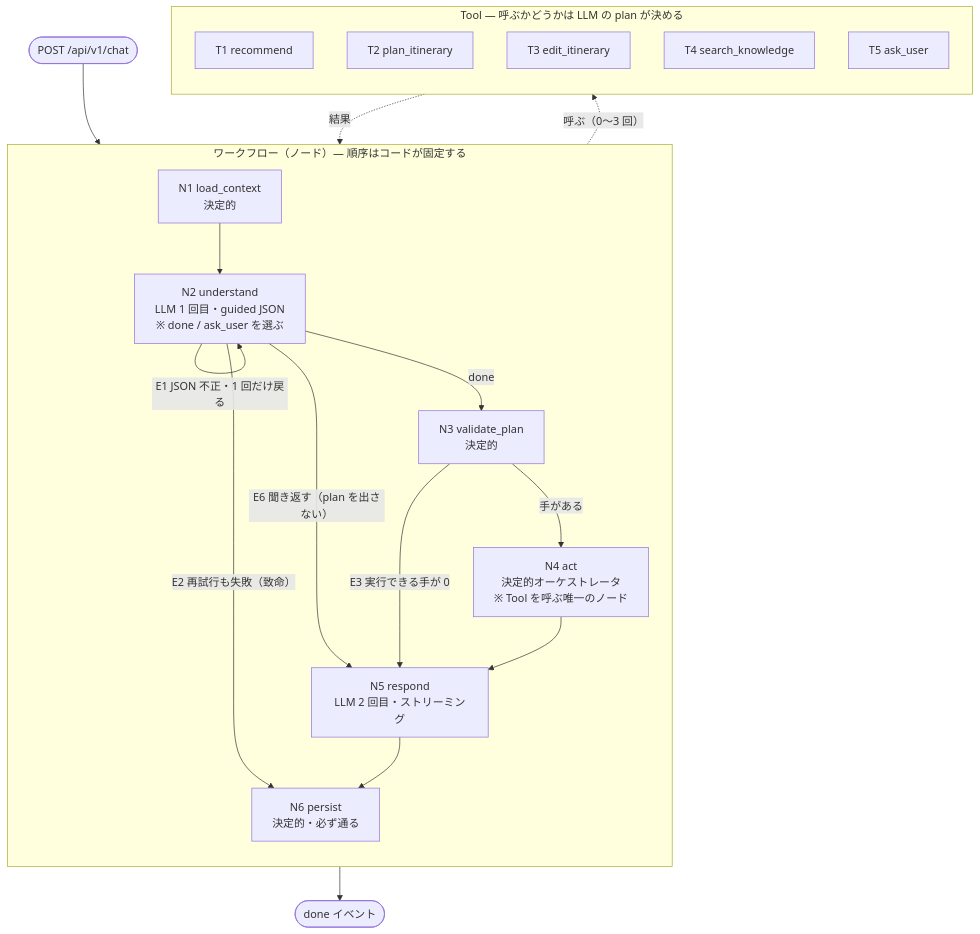
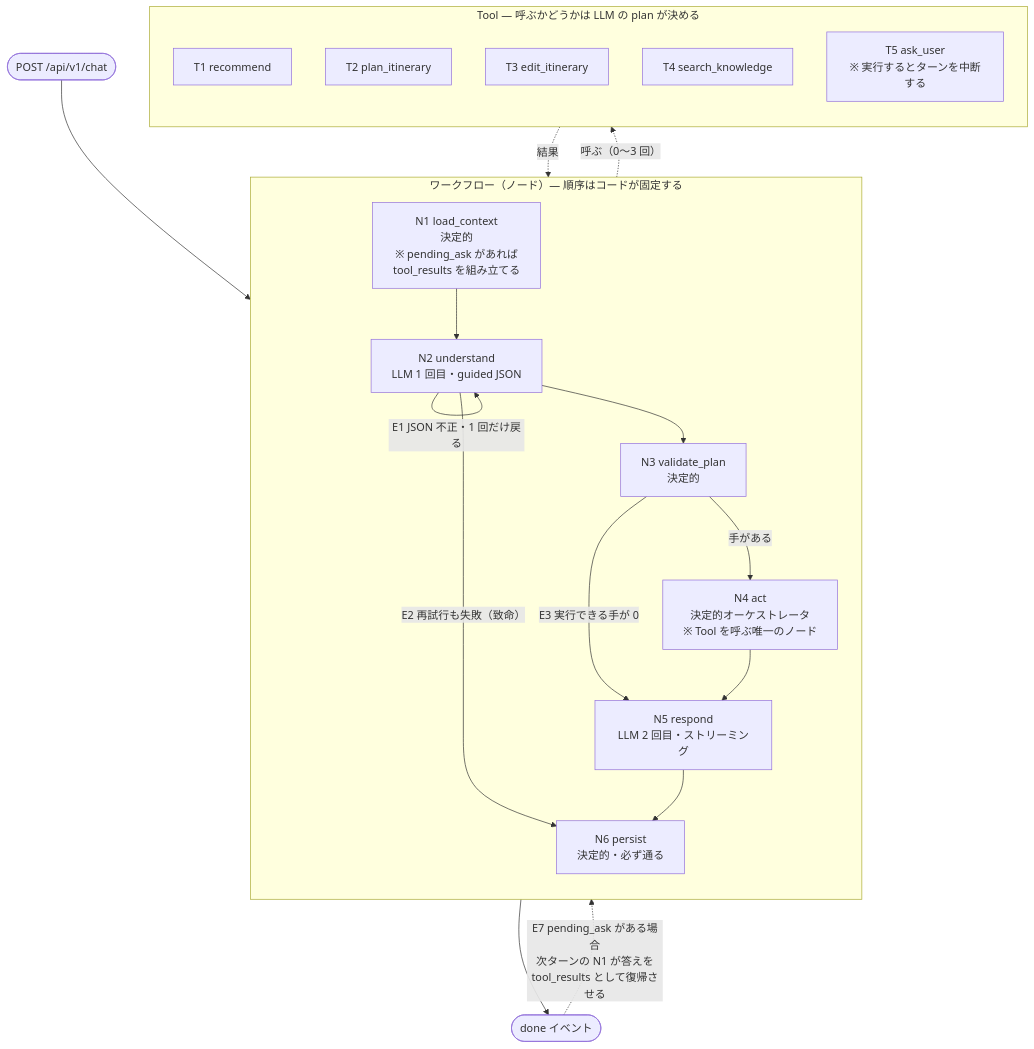
One commit to TakaJun02/Cairn changed the fourth of 19 diagrams in Docs/30_design/agent_planning_phase.md. Above: the diagram before and after it, drawn with Mermaid. The commit also changed other lines of this file and 56 other files, not shown here.

First line of the commit message:
docs+feat: ask_user 統合(ADR-0018)の実装と、ReAct 構成(ADR-0019)への設計全面改訂

````diff
--- a/Docs/30_design/agent_planning_phase.md
+++ b/Docs/30_design/agent_planning_phase.md
@@ -820,36 +861,36 @@
 ```mermaid
 flowchart TB
   START(["POST /api/v1/chat"]) --> N1
 
   subgraph GRAPH["ワークフロー（ノード）— 順序はコードが固定する"]
     direction TB
-    N1["N1 load_context<br/>決定的"]
-    N2["N2 understand<br/>LLM 1 回目・guided JSON<br/>※ done / ask_user を選ぶ"]
+    N1["N1 load_context<br/>決定的<br/>※ pending_ask があれば<br/>tool_results を組み立てる"]
+    N2["N2 understand<br/>LLM 1 回目・guided JSON"]
     N3["N3 validate_plan<br/>決定的"]
     N4["N4 act<br/>決定的オーケストレータ<br/>※ Tool を呼ぶ唯一のノード"]
     N5["N5 respond<br/>LLM 2 回目・ストリーミング"]
     N6["N6 persist<br/>決定的・必ず通る"]
   end
 
   subgraph TOOLS["Tool — 呼ぶかどうかは LLM の plan が決める"]
     direction TB
     T1["T1 recommend"]
     T2["T2 plan_itinerary"]
     T3["T3 edit_itinerary"]
     T4["T4 search_knowledge"]
-    T5["T5 ask_user"]
+    T5["T5 ask_user<br/>※ 実行するとターンを中断する"]
   end
 
   N1 --> N2
   N2 -->|"E1 JSON 不正・1 回だけ戻る"| N2
   N2 -->|"E2 再試行も失敗（致命）"| N6
-  N2 -->|"E6 聞き返す（plan を出さない）"| N5
-  N2 -->|"done"| N3
+  N2 --> N3
   N3 -->|"E3 実行できる手が 0"| N5
   N3 -->|"手がある"| N4
   N4 -.->|"呼ぶ（0〜3 回）"| TOOLS
   TOOLS -.->|"結果"| N4
   N4 --> N5
   N5 --> N6
   N6 --> DONE(["done イベント"])
+  DONE -.->|"E7 pending_ask がある場合<br/>次ターンの N1 が答えを<br/>tool_results として復帰させる"| N1
 ```
````
